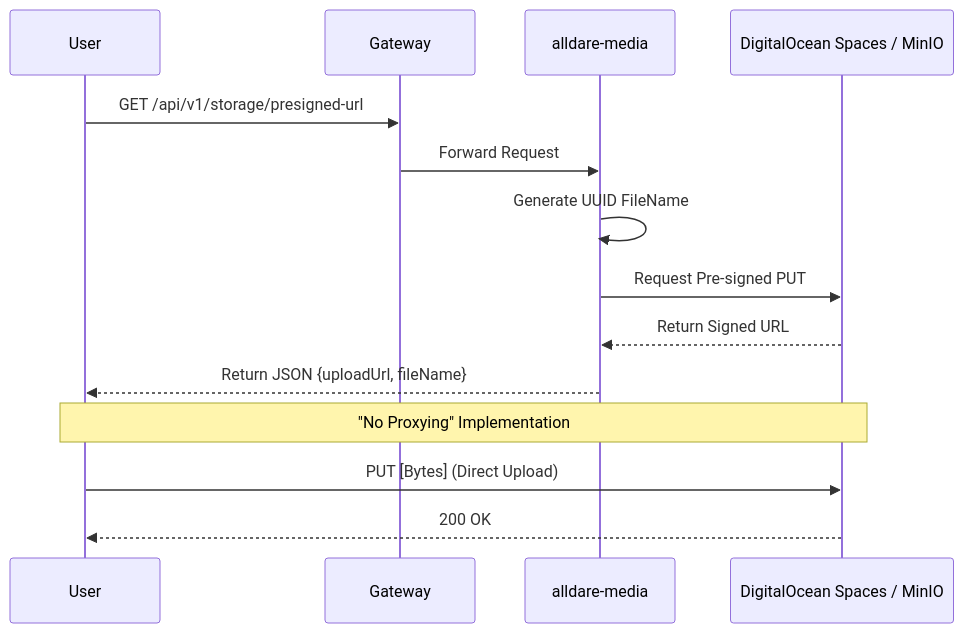
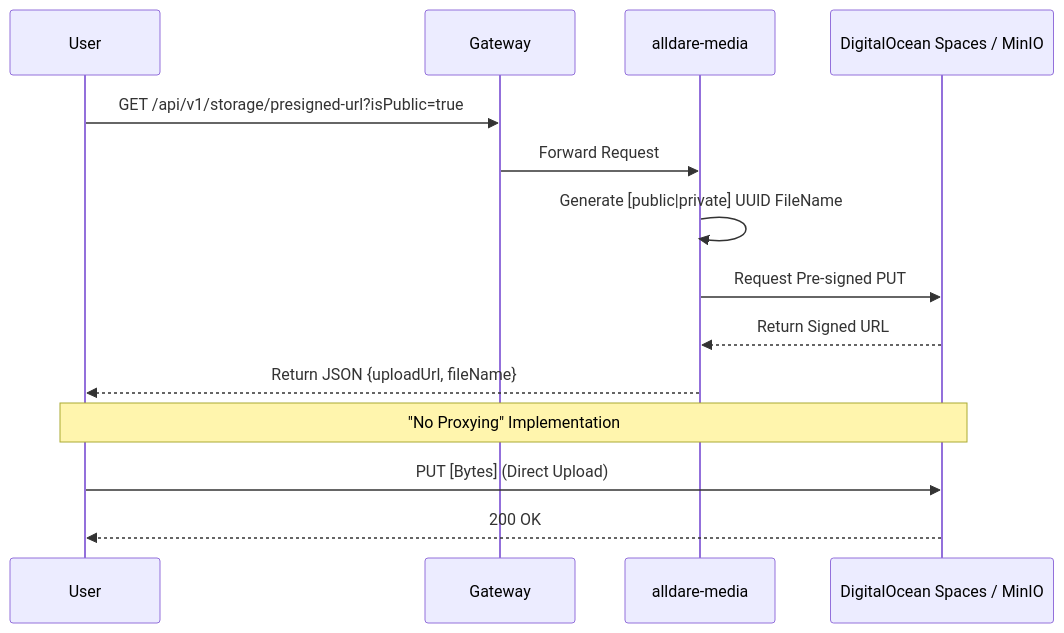
Before and after one commit to BeeHache/alldare-media: the diagram in README.md, drawn with Mermaid. The commit also changed other lines of this file and 10 other files, not shown here.

Commit message:
Update media service with storage controller and metadata support

````diff
--- a/README.md
+++ b/README.md
@@ -7,18 +7,18 @@
 ```mermaid
 sequenceDiagram
     participant User
     participant Gateway
     participant Media as alldare-media
     participant S3 as DigitalOcean Spaces / MinIO
 
-    User->>Gateway: GET /api/v1/storage/presigned-url
+    User->>Gateway: GET /api/v1/storage/presigned-url?isPublic=true
     Gateway->>Media: Forward Request
-    Media->>Media: Generate UUID FileName
+    Media->>Media: Generate [public|private] UUID FileName
     Media->>S3: Request Pre-signed PUT
     S3-->>Media: Return Signed URL
     Media-->>User: Return JSON {uploadUrl, fileName}
     
     Note over User,S3: "No Proxying" Implementation
     User->>S3: PUT [Bytes] (Direct Upload)
     S3-->>User: 200 OK
 ```
````
